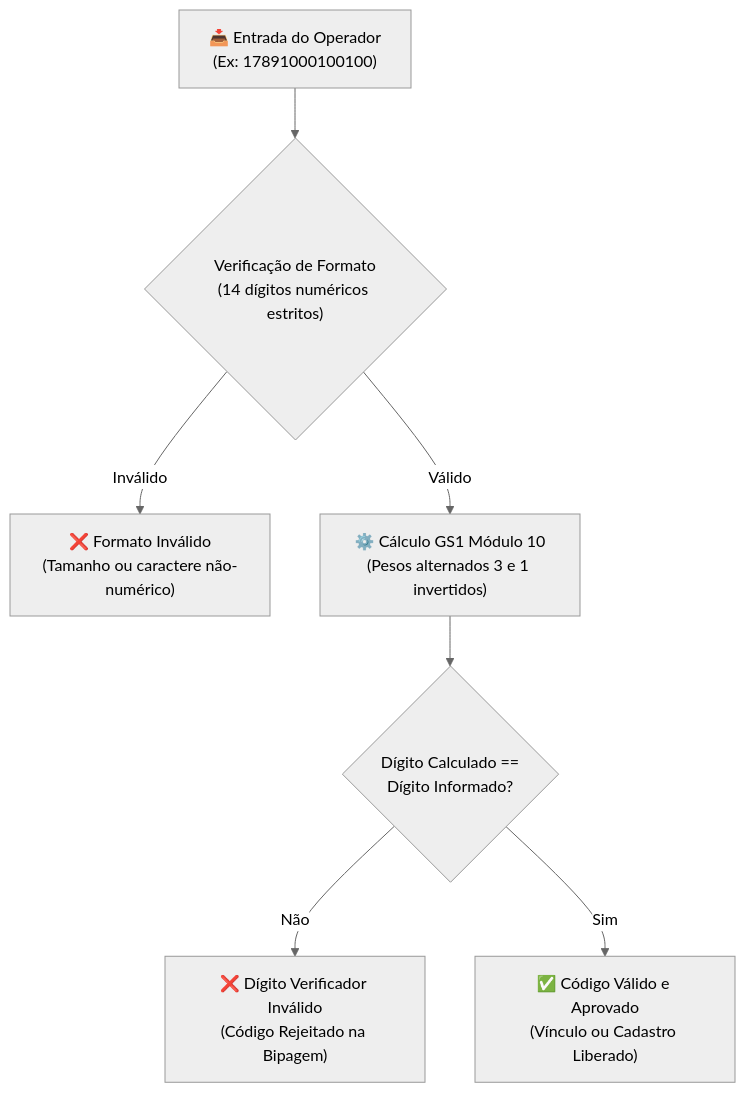
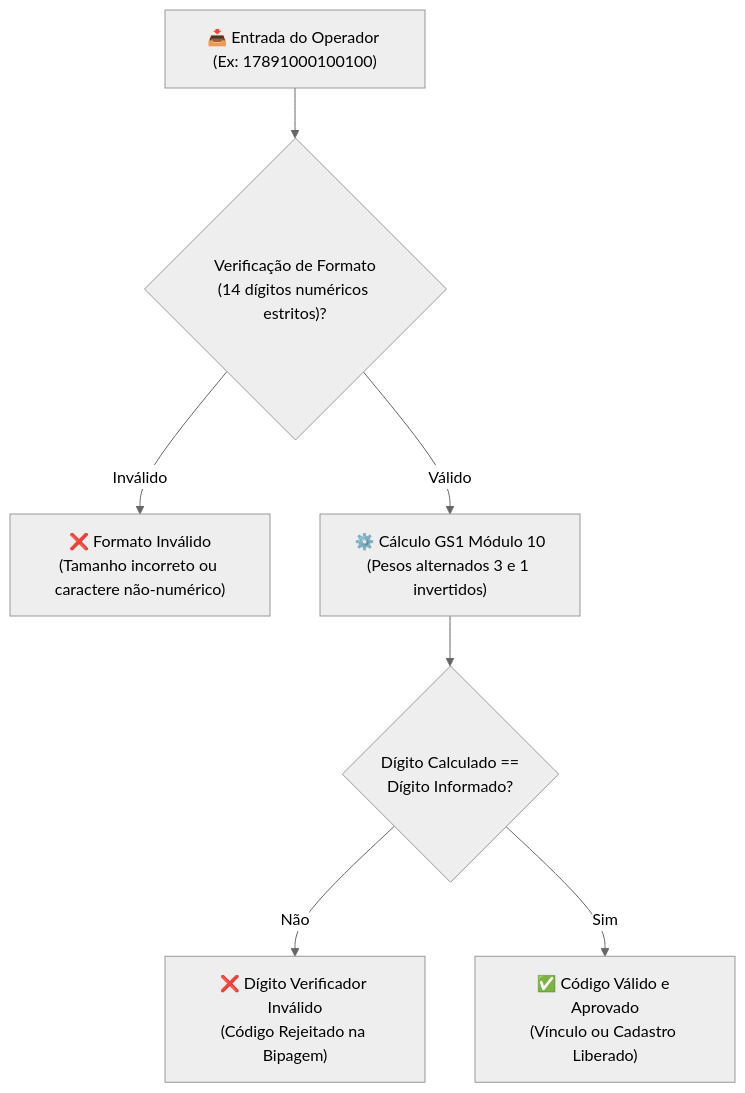
One commit to NaejBarbosa/paletscan-etl changed the fifth of 5 diagrams in docs/pwa-filiais-catalogo.md. Above: the diagram before and after it, drawn with Mermaid (neutral theme). The commit also changed other lines of this file and 5 other files, not shown here.

Commit message:
docs(pwa): atualizar documentação com RLS Supabase, restrição de marcas, RBAC multi-filial e diagramas verticais

````diff
--- a/docs/pwa-filiais-catalogo.md
+++ b/docs/pwa-filiais-catalogo.md
@@ -92,10 +166,16 @@
 ```mermaid
 flowchart TD
-    INPUT["📥 Entrada do Operador\n(Ex: 17891000100100)"]
-    INPUT --> VAL{"Verificação de Formato\n(14 dígitos numéricos estritos)"}
-    VAL -->|Inválido| ERR1["❌ Formato Inválido\n(Tamanho ou caractere não-numérico)"]
+    INPUT["📥 Entrada do Operador (Ex: 17891000100100)"]
+    
+    INPUT --> VAL{"Verificação de Formato\n(14 dígitos numéricos estritos)?"}
+    
+    VAL -->|Inválido| ERR1["❌ Formato Inválido\n(Tamanho incorreto ou caractere não-numérico)"]
+    
     VAL -->|Válido| MOD10["⚙️ Cálculo GS1 Módulo 10\n(Pesos alternados 3 e 1 invertidos)"]
+    
     MOD10 --> COMP{"Dígito Calculado ==\nDígito Informado?"}
+    
     COMP -->|Não| ERR2["❌ Dígito Verificador Inválido\n(Código Rejeitado na Bipagem)"]
+    
     COMP -->|Sim| OK["✅ Código Válido e Aprovado\n(Vínculo ou Cadastro Liberado)"]
 ```
````
